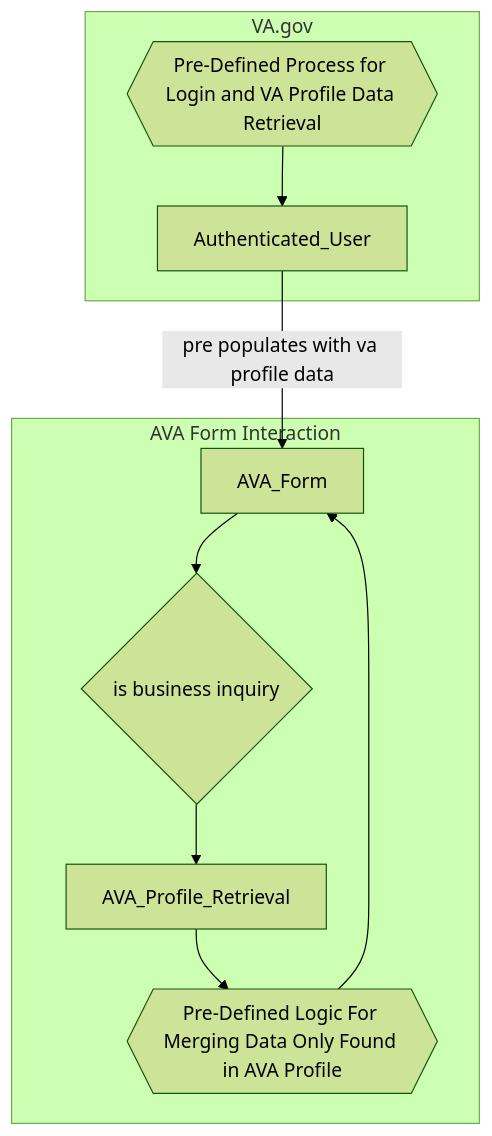
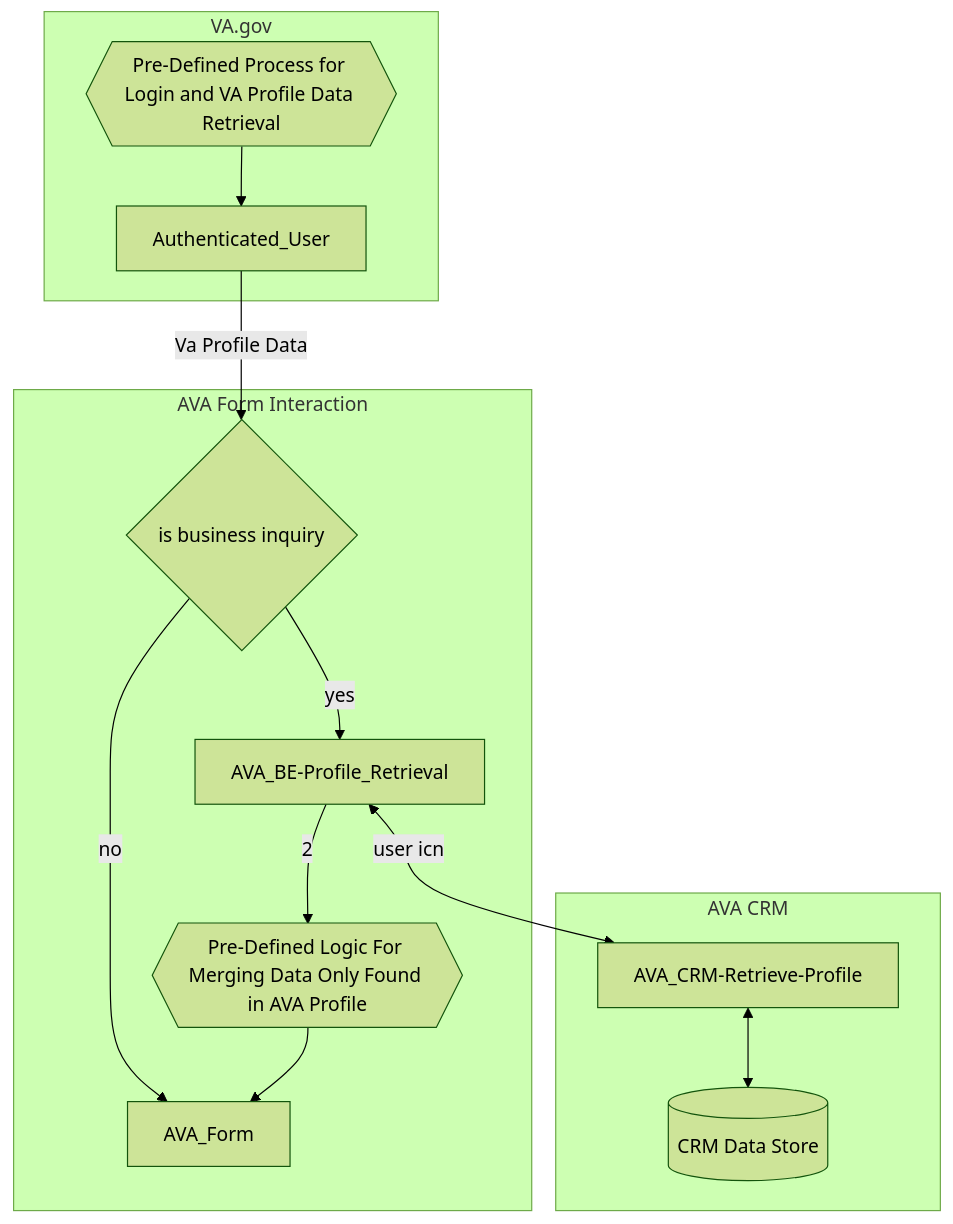
One commit to department-of-veterans-affairs/va.gov-team changed the first of 4 diagrams in products/ask-va/integration/va_profile/Profile_Processes.md. Above: the diagram before and after it, drawn with Mermaid (forest theme). The commit also changed other lines of this file, not shown here.

````diff
--- a/products/ask-va/integration/va_profile/Profile_Processes.md
+++ b/products/ask-va/integration/va_profile/Profile_Processes.md
@@ -23,12 +23,16 @@
 ```mermaid
 flowchart TB
+    subgraph AVA CRM
+    AVA_CRM-Retrieve-Profile<-->AVA-CRM-Data-Store[(CRM Data Store)]
+    end
     subgraph AVA Form Interaction
-    AVA_Form-->business_entity_logic{is business inquiry}
-    business_entity_logic{is business inquiry}-->AVA_Profile_Retrieval
-    AVA_Profile_Retrieval-->Predefined-AVA-Process{{Pre-Defined Logic For Merging Data Only Found in AVA Profile}}-->AVA_Form
+    business_entity_logic{is business inquiry}-->|yes|AVA_BE-Profile_Retrieval
+    business_entity_logic{is business inquiry}-->|no|AVA_Form
+    AVA_BE-Profile_Retrieval<-->|user icn|AVA_CRM-Retrieve-Profile
+    AVA_BE-Profile_Retrieval-->|2|Predefined-AVA-Process{{Pre-Defined Logic For Merging Data Only Found in AVA Profile}}-->AVA_Form
     end
     subgraph VA.gov
     Predefined-Login-Process{{Pre-Defined Process for Login and VA Profile Data Retrieval}}-->Authenticated_User
-    Authenticated_User-->|pre populates with va profile data|AVA_Form
+    Authenticated_User-->|Va Profile Data|business_entity_logic{is business inquiry}
     end
 ```
````
